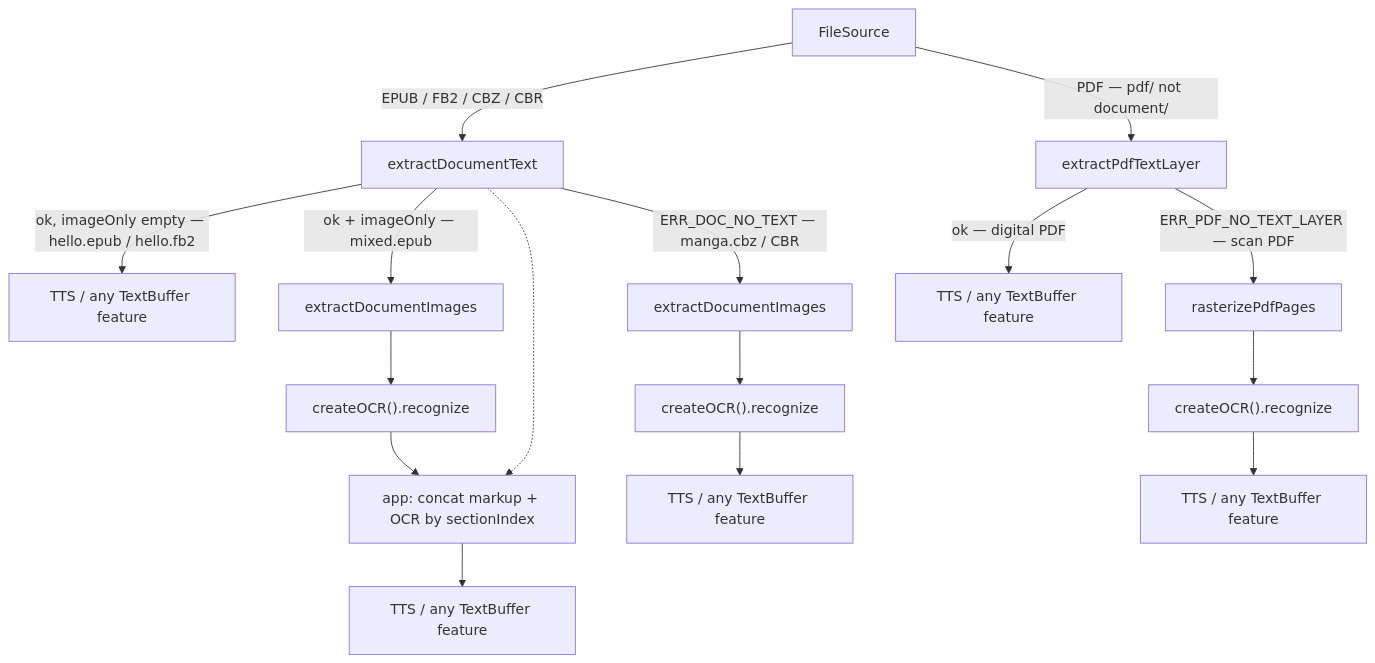
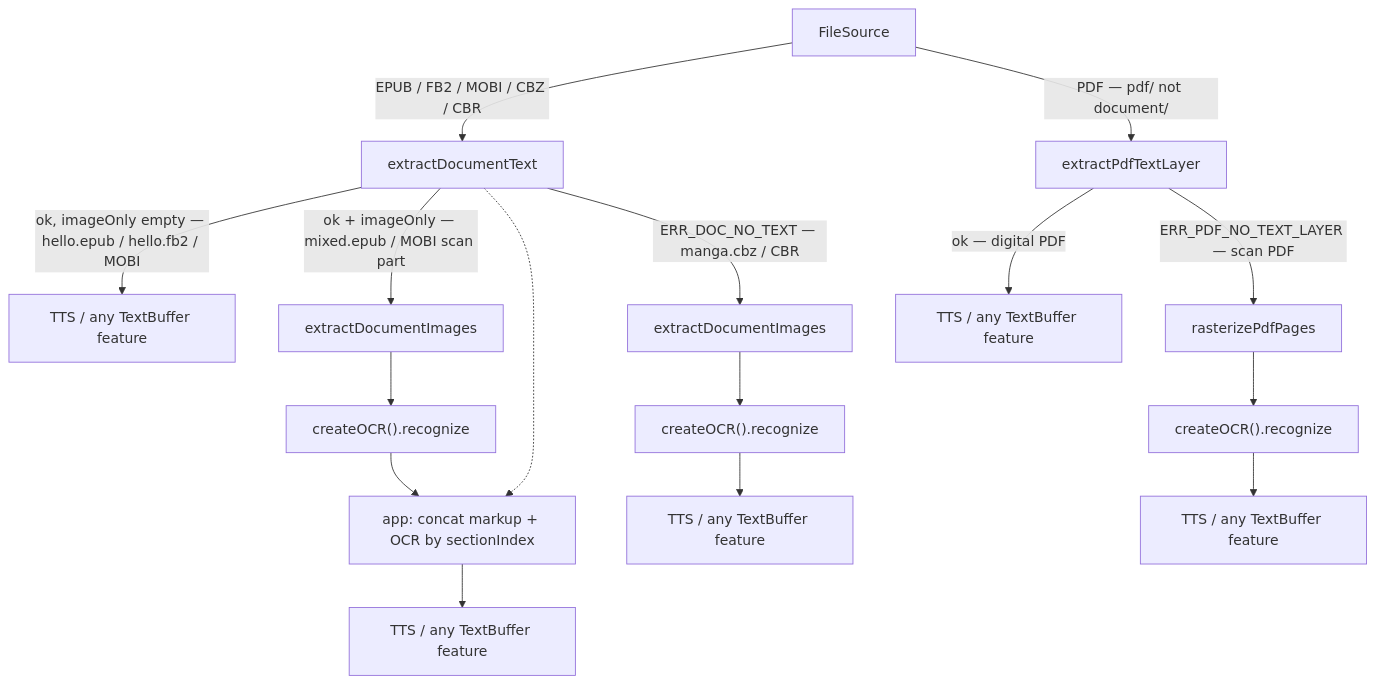
Before and after one commit to XDcobra/react-native-sherpa-onnx: the diagram in docs/document-offline.md, drawn with Mermaid. The commit also changed other lines of this file and 7 other files, not shown here.

First line of the commit message:
docs(document): document MOBI extract and foliate-js attribution

````diff
--- a/docs/document-offline.md
+++ b/docs/document-offline.md
@@ -33,21 +34,21 @@
 ```mermaid
 flowchart TD
   F[FileSource]
-  F -->|EPUB / FB2 / CBZ / CBR| DT["extractDocumentText"]
+  F -->|EPUB / FB2 / MOBI / CBZ / CBR| DT["extractDocumentText"]
   F -->|"PDF — pdf/ not document/"| PT["extractPdfTextLayer"]
 
-  DT -->|"ok, imageOnly empty — hello.epub / hello.fb2"| TTS1["TTS / any TextBuffer feature"]
-  DT -->|"ok + imageOnly — mixed.epub"| DI1["extractDocumentImages"]
+  DT -->|"ok, imageOnly empty — hello.epub / hello.fb2 / MOBI"| TTS1["TTS / any TextBuffer feature"]
+  DT -->|"ok + imageOnly — mixed.epub / MOBI scan part"| DI1["extractDocumentImages"]
   DI1 --> OCR1["createOCR().recognize"]
   OCR1 --> JOIN["app: concat markup + OCR by sectionIndex"]
   DT -.-> JOIN
   JOIN --> TTS2["TTS / any TextBuffer feature"]
   DT -->|"ERR_DOC_NO_TEXT — manga.cbz / CBR"| DI2["extractDocumentImages"]
   DI2 --> OCR2["createOCR().recognize"]
   OCR2 --> TTS3["TTS / any TextBuffer feature"]
 
   PT -->|"ok — digital PDF"| TTS4["TTS / any TextBuffer feature"]
   PT -->|"ERR_PDF_NO_TEXT_LAYER — scan PDF"| RZ["rasterizePdfPages"]
   RZ --> OCR3["createOCR().recognize"]
   OCR3 --> TTS5["TTS / any TextBuffer feature"]
 ```
````
